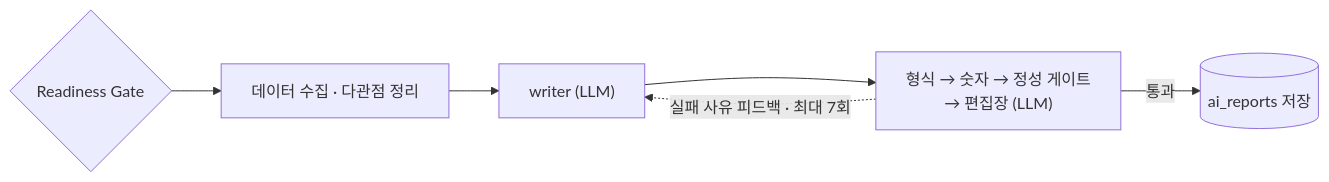
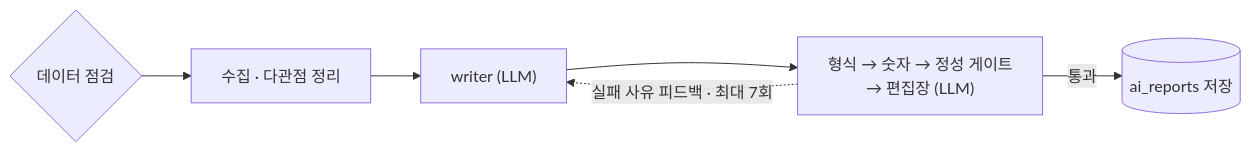
The second of 2 diagrams in README.md (SunWoo1213/AI-Invest), drawn with Mermaid before and after one commit. The commit also changed other lines of this file, not shown here.

````diff
--- a/README.md
+++ b/README.md
@@ -58,7 +64,7 @@
 ```mermaid
 flowchart LR
-    RD{Readiness Gate} --> AG[데이터 수집 · 다관점 정리] --> W["writer (LLM)"]
+    RD{데이터 점검} --> AG[수집 · 다관점 정리] --> W["writer (LLM)"]
     W --> V["형식 → 숫자 → 정성 게이트<br/>→ 편집장 (LLM)"]
     V -. 실패 사유 피드백 · 최대 7회 .-> W
     V -->|통과| SAVE[(ai_reports 저장)]
 ```
````
